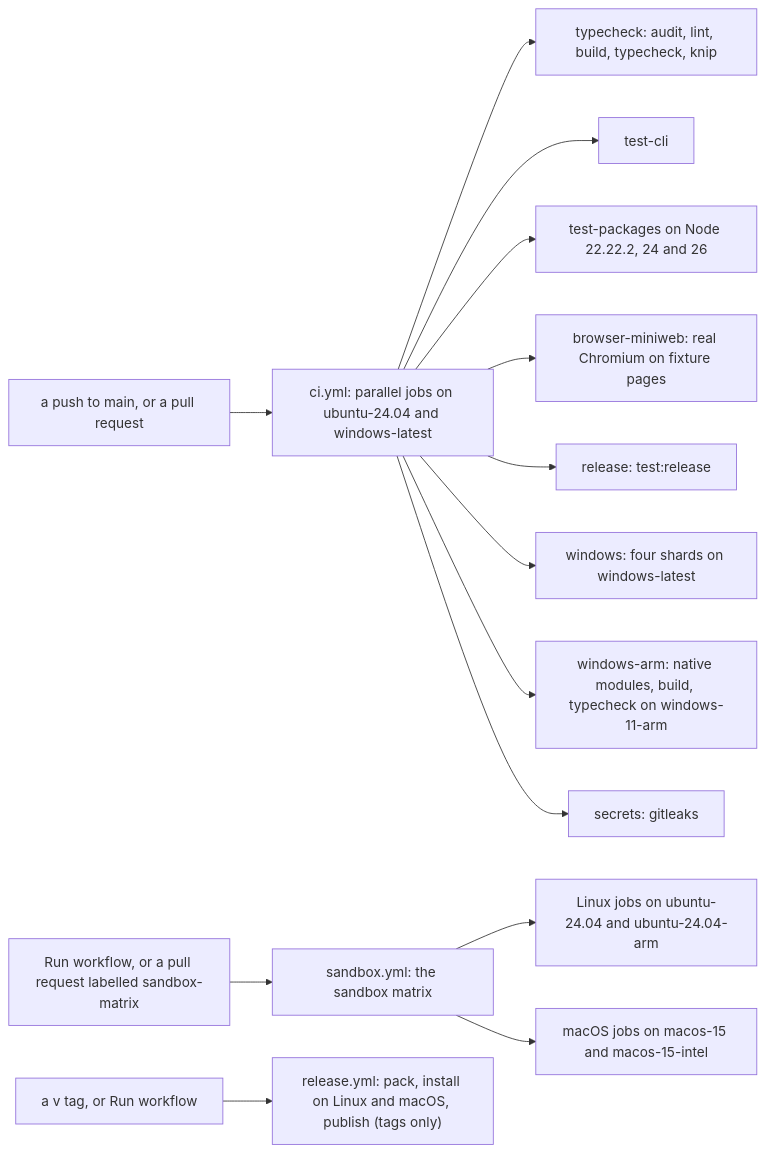
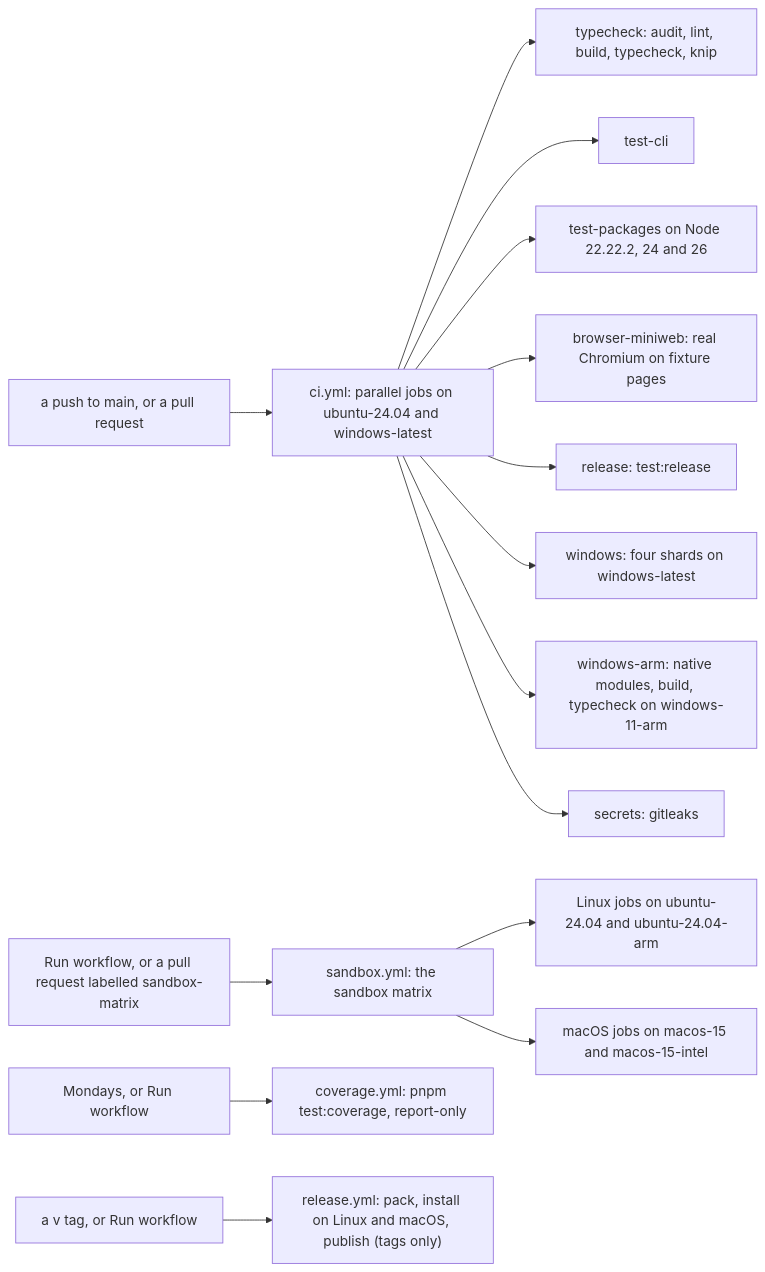
The diagram in docs/DEVELOPMENT.md (atanasster/tavi), drawn with Mermaid before and after one commit. The commit also changed other lines of this file and 7 other files, not shown here.

First line of the commit message:
Coverage, report-only: pnpm test:coverage and a weekly workflow

````diff
--- a/docs/DEVELOPMENT.md
+++ b/docs/DEVELOPMENT.md
@@ -480,16 +491,17 @@
 ```mermaid
 flowchart LR
   push["a push to main, or a pull request"] --> ci["ci.yml: parallel jobs on ubuntu-24.04 and windows-latest"]
   ci --> typecheck["typecheck: audit, lint, build, typecheck, knip"]
   ci --> cli["test-cli"]
   ci --> packages["test-packages on Node 22.22.2, 24 and 26"]
   ci --> miniweb["browser-miniweb: real Chromium on fixture pages"]
   ci --> release["release: test:release"]
   ci --> windows["windows: four shards on windows-latest"]
   ci --> windowsArm["windows-arm: native modules, build, typecheck on windows-11-arm"]
   ci --> secrets["secrets: gitleaks"]
   demand["Run workflow, or a pull request labelled sandbox-matrix"] --> matrix["sandbox.yml: the sandbox matrix"]
   matrix --> linux["Linux jobs on ubuntu-24.04 and ubuntu-24.04-arm"]
   matrix --> mac["macOS jobs on macos-15 and macos-15-intel"]
+  weekly["Mondays, or Run workflow"] --> coverage_yml["coverage.yml: pnpm test:coverage, report-only"]
   tag["a v<version> tag, or Run workflow"] --> release_yml["release.yml: pack, install on Linux and macOS, publish (tags only)"]
 ```
````
